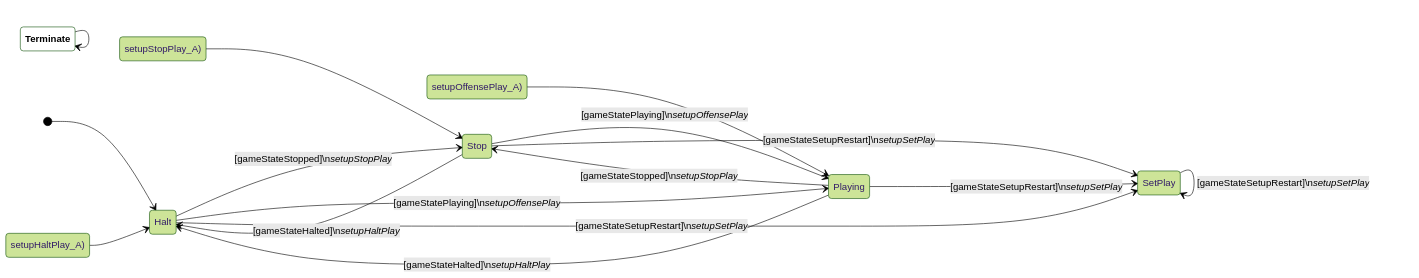
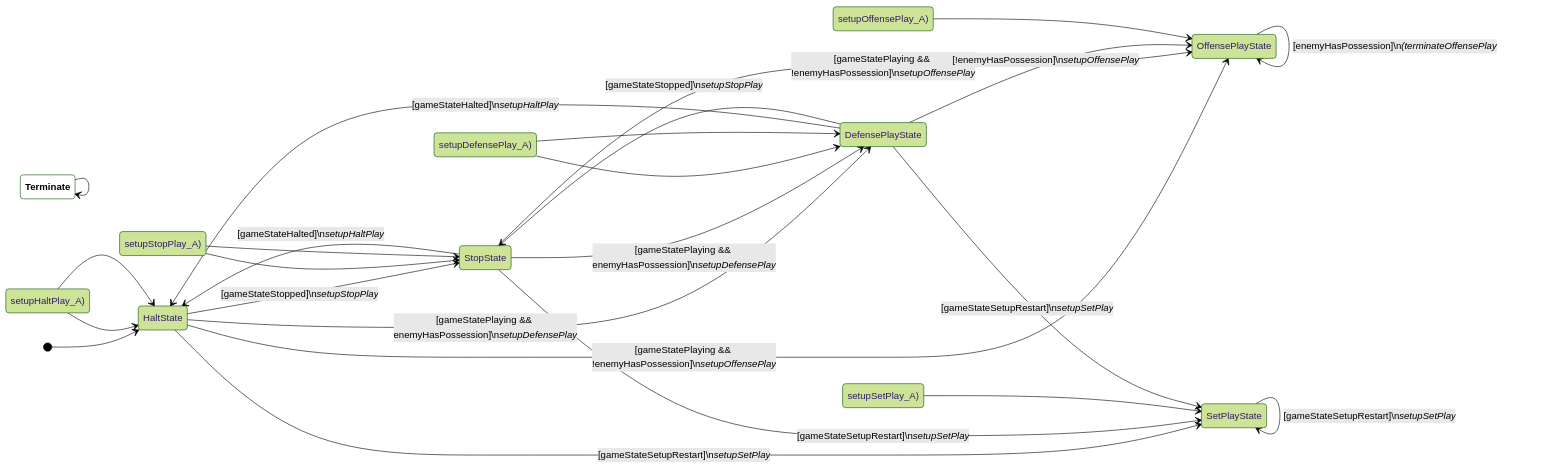
One commit to UBC-Thunderbots/Software changed the first of 24 diagrams in docs/fsm-diagrams.md. Above: the diagram before and after it, drawn with Mermaid (forest theme). The commit also changed other lines of this file and 375 other files, not shown here.

````diff
--- a/docs/fsm-diagrams.md
+++ b/docs/fsm-diagrams.md
@@ -5,25 +5,38 @@
 ```mermaid
 
 stateDiagram-v2
 classDef terminate fill:white,color:black,font-weight:bold
 direction LR
-[*] --> Halt
-Halt --> Stop : [gameStateStopped]\n<i>setupStopPlay</i>
-Halt --> Playing : [gameStatePlaying]\n<i>setupOffensePlay</i>
-Halt --> SetPlay : [gameStateSetupRestart]\n<i>setupSetPlay</i>
-Stop --> Halt : [gameStateHalted]\n<i>setupHaltPlay</i>
-Stop --> Playing : [gameStatePlaying]\n<i>setupOffensePlay</i>
-Stop --> SetPlay : [gameStateSetupRestart]\n<i>setupSetPlay</i>
-Playing --> Halt : [gameStateHalted]\n<i>setupHaltPlay</i>
-Playing --> Stop : [gameStateStopped]\n<i>setupStopPlay</i>
-Playing --> SetPlay : [gameStateSetupRestart]\n<i>setupSetPlay</i>
-SetPlay --> SetPlay : [gameStateHalted]\n<i>(resetSetPlay</i>
-setupHaltPlay_A) --> Halt
-SetPlay --> SetPlay : [gameStateStopped]\n<i>(resetSetPlay</i>
-setupStopPlay_A) --> Stop
-SetPlay --> SetPlay : [gameStatePlaying]\n<i>(resetSetPlay</i>
-setupOffensePlay_A) --> Playing
-SetPlay --> SetPlay : [gameStateSetupRestart]\n<i>setupSetPlay</i>
+[*] --> HaltState
+HaltState --> StopState : [gameStateStopped]\n<i>setupStopPlay</i>
+HaltState --> OffensePlayState : [gameStatePlaying && !enemyHasPossession]\n<i>setupOffensePlay</i>
+HaltState --> DefensePlayState : [gameStatePlaying && enemyHasPossession]\n<i>setupDefensePlay</i>
+HaltState --> SetPlayState : [gameStateSetupRestart]\n<i>setupSetPlay</i>
+StopState --> HaltState : [gameStateHalted]\n<i>setupHaltPlay</i>
+StopState --> OffensePlayState : [gameStatePlaying && !enemyHasPossession]\n<i>setupOffensePlay</i>
+StopState --> DefensePlayState : [gameStatePlaying && enemyHasPossession]\n<i>setupDefensePlay</i>
+StopState --> SetPlayState : [gameStateSetupRestart]\n<i>setupSetPlay</i>
+OffensePlayState --> OffensePlayState : [gameStateHalted]\n<i>(terminateOffensePlay</i>
+setupHaltPlay_A) --> HaltState
+OffensePlayState --> OffensePlayState : [gameStateStopped]\n<i>(terminateOffensePlay</i>
+setupStopPlay_A) --> StopState
+OffensePlayState --> OffensePlayState : [gameStateSetupRestart]\n<i>(terminateOffensePlay</i>
+setupSetPlay_A) --> SetPlayState
+OffensePlayState --> OffensePlayState : [enemyHasPossession]\n<i>(terminateOffensePlay</i>
+setupDefensePlay_A) --> DefensePlayState
+DefensePlayState --> HaltState : [gameStateHalted]\n<i>setupHaltPlay</i>
+DefensePlayState --> StopState : [gameStateStopped]\n<i>setupStopPlay</i>
+DefensePlayState --> SetPlayState : [gameStateSetupRestart]\n<i>setupSetPlay</i>
+DefensePlayState --> OffensePlayState : [!enemyHasPossession]\n<i>setupOffensePlay</i>
+SetPlayState --> SetPlayState : [gameStateHalted]\n<i>(resetSetPlay</i>
+setupHaltPlay_A) --> HaltState
+SetPlayState --> SetPlayState : [gameStateStopped]\n<i>(resetSetPlay</i>
+setupStopPlay_A) --> StopState
+SetPlayState --> SetPlayState : [gameStatePlaying && !enemyHasPossession]\n<i>(resetSetPlay</i>
+setupOffensePlay_A) --> OffensePlayState
+SetPlayState --> SetPlayState : [gameStatePlaying && enemyHasPossession]\n<i>(resetSetPlay</i>
+setupDefensePlay_A) --> DefensePlayState
+SetPlayState --> SetPlayState : [gameStateSetupRestart]\n<i>setupSetPlay</i>
 Terminate:::terminate --> Terminate:::terminate
 
 ```
````
